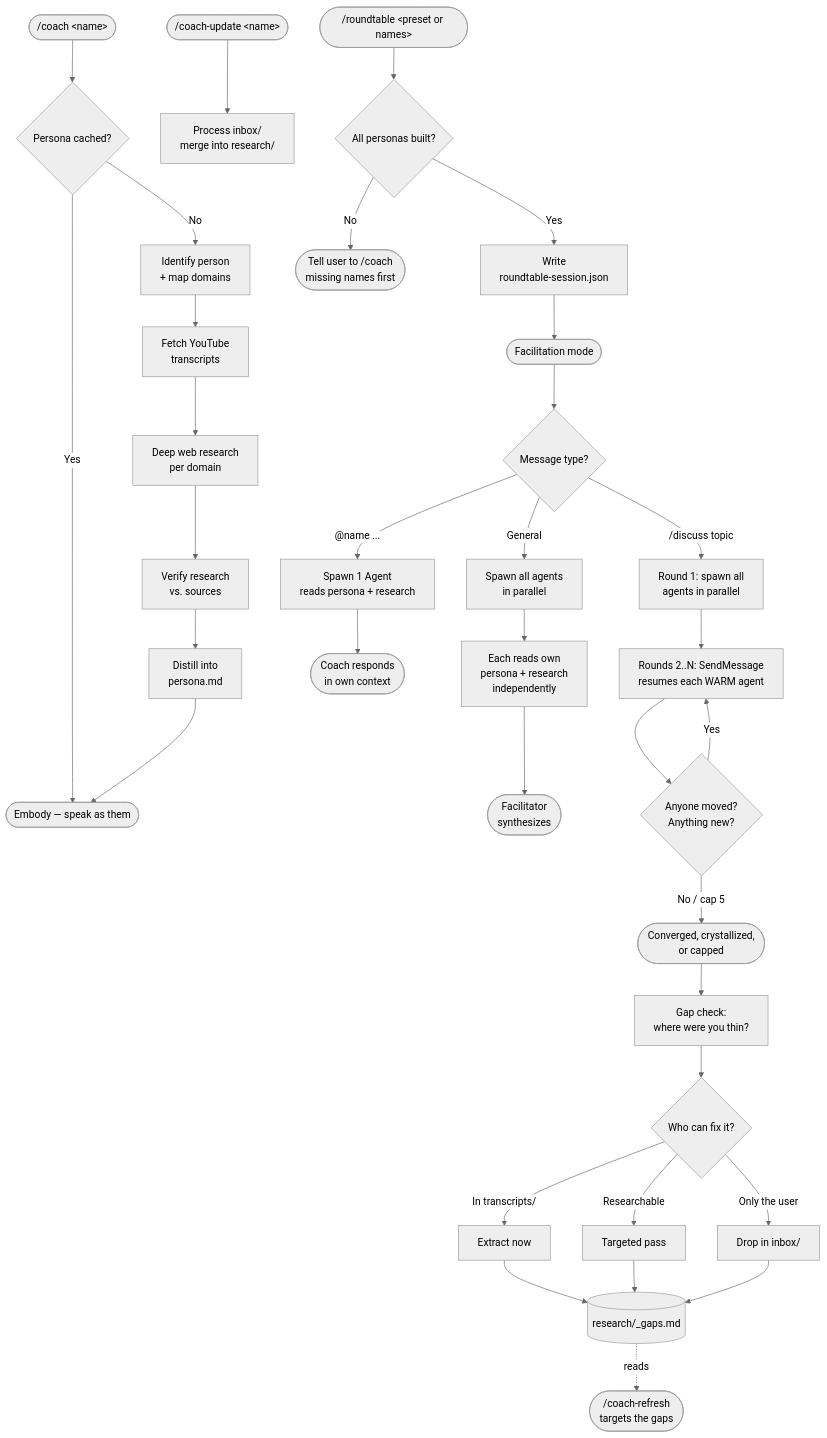
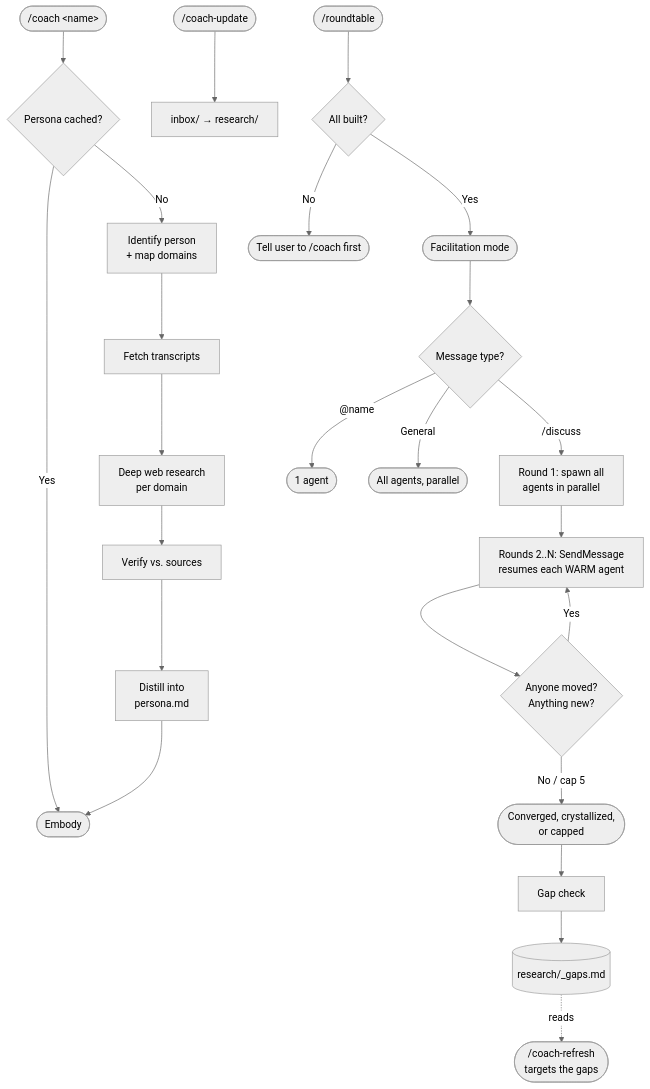
Before and after one commit to YahyaZekry/Agora-RoundTable: the diagram in README.md, drawn with Mermaid (neutral theme). The commit also changed other lines of this file, not shown here.

````diff
--- a/README.md
+++ b/README.md
@@ -63,40 +210,30 @@
 ```mermaid
 flowchart TD
     A(["/coach &lt;name&gt;"]) --> B{Persona cached?}
     B -- Yes --> I
     B -- No --> D[Identify person\n+ map domains]
-    D --> E[Fetch YouTube\ntranscripts]
+    D --> E[Fetch transcripts]
     E --> F[Deep web research\nper domain]
-    F --> G[Verify research\nvs. sources]
+    F --> G[Verify vs. sources]
     G --> H[Distill into\npersona.md]
-    H --> I([Embody — speak as them])
+    H --> I([Embody])
 
-    U(["/coach-update &lt;name&gt;"]) --> V[Process inbox/\nmerge into research/]
+    U(["/coach-update"]) --> V[inbox/ → research/]
 
-    J(["/roundtable &lt;preset or names&gt;"]) --> K{All personas built?}
-    K -- No --> L([Tell user to /coach\nmissing names first])
-    K -- Yes --> M[Write\nroundtable-session.json]
-    M --> N([Facilitation mode])
+    J(["/roundtable"]) --> K{All built?}
+    K -- No --> L([Tell user to /coach first])
+    K -- Yes --> N([Facilitation mode])
 
     N --> O{Message type?}
-    O -- "@name ..." --> P1[Spawn 1 Agent\nreads persona + research]
-    P1 --> P2([Coach responds\nin own context])
-    O -- General --> R1[Spawn all agents\nin parallel]
-    R1 --> R2[Each reads own\npersona + research\nindependently]
-    R2 --> R3([Facilitator\nsynthesizes])
+    O -- "@name" --> P1([1 agent])
+    O -- General --> R1([All agents, parallel])
 
-    O -- "/discuss topic" --> Q1[Round 1: spawn all\nagents in parallel]
+    O -- "/discuss" --> Q1[Round 1: spawn all\nagents in parallel]
     Q1 --> Q2[Rounds 2..N: SendMessage\nresumes each WARM agent]
     Q2 --> Q3{Anyone moved?\nAnything new?}
     Q3 -- Yes --> Q2
     Q3 -- "No / cap 5" --> Q4([Converged, crystallized,\nor capped])
-    Q4 --> G1[Gap check:\nwhere were you thin?]
-    G1 --> G2{Who can fix it?}
-    G2 -- "In transcripts/" --> G3[Extract now]
-    G2 -- Researchable --> G4[Targeted pass]
-    G2 -- "Only the user" --> G5[Drop in inbox/]
-    G3 --> G6[(research/_gaps.md)]
-    G4 --> G6
-    G5 --> G6
+    Q4 --> G1[Gap check]
+    G1 --> G6[(research/_gaps.md)]
     G6 -.reads.-> S(["/coach-refresh\ntargets the gaps"])
 ```
````
